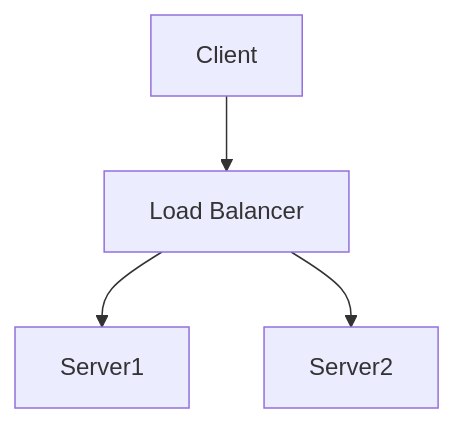
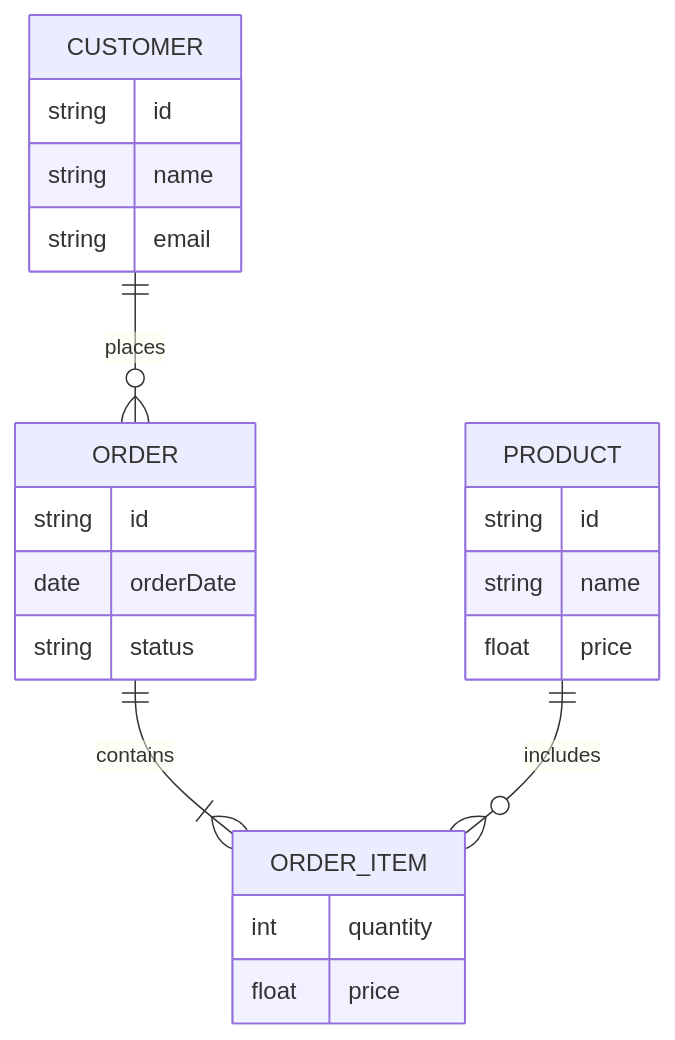
The diagram in input.mmd (sunnyyyy/MermaidTest), drawn with Mermaid before and after one commit. The commit also changed 1 other file, not shown here.

```diff
--- a/input.mmd
+++ b/input.mmd
@@ -1,6 +1,25 @@
       %%{init: { 'fontFamily': 'Space-Notorious-rounded', 'fontSize': '16px' } }%%
 
-            graph TD
-            A[Client] --> B[Load Balancer]
-            B --> C[Server1]
-            B --> D[Server2]
+erDiagram
+    CUSTOMER ||--o{ ORDER : places
+    ORDER ||--|{ ORDER_ITEM : contains
+    PRODUCT ||--o{ ORDER_ITEM : includes
+    CUSTOMER {
+        string id
+        string name
+        string email
+    }
+    ORDER {
+        string id
+        date orderDate
+        string status
+    }
+    PRODUCT {
+        string id
+        string name
+        float price
+    }
+    ORDER_ITEM {
+        int quantity
+        float price
+    }
```
